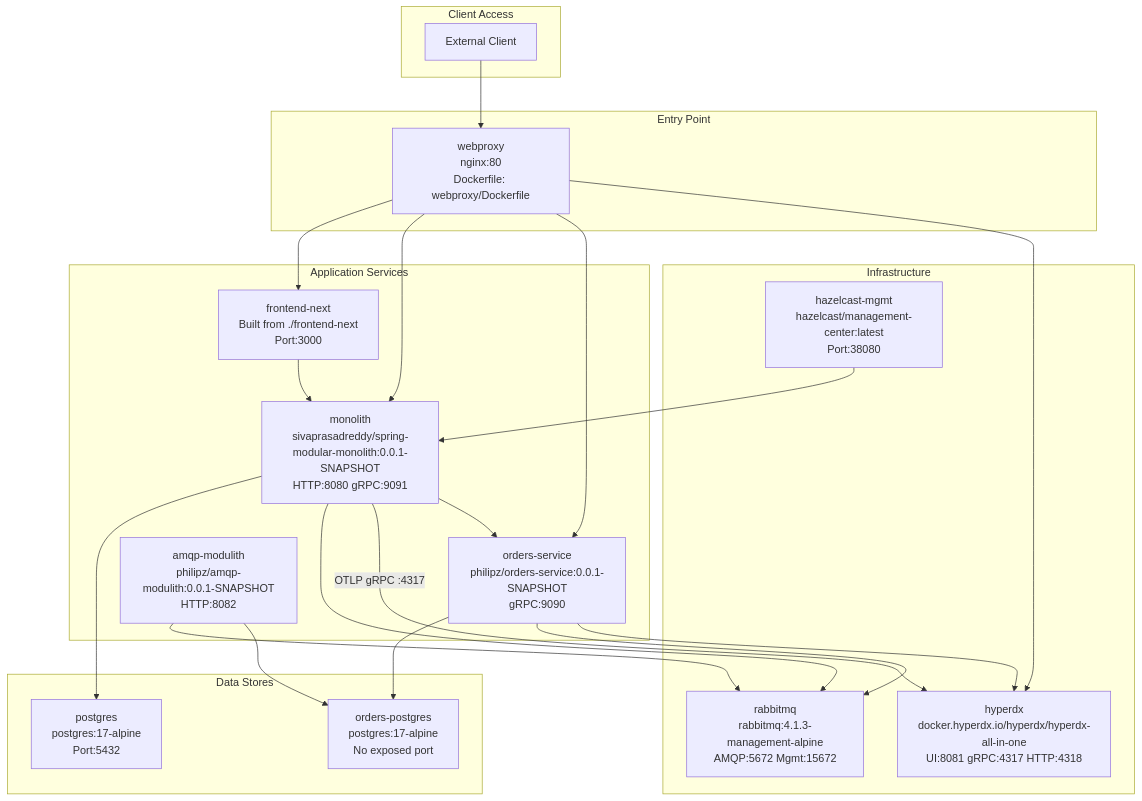
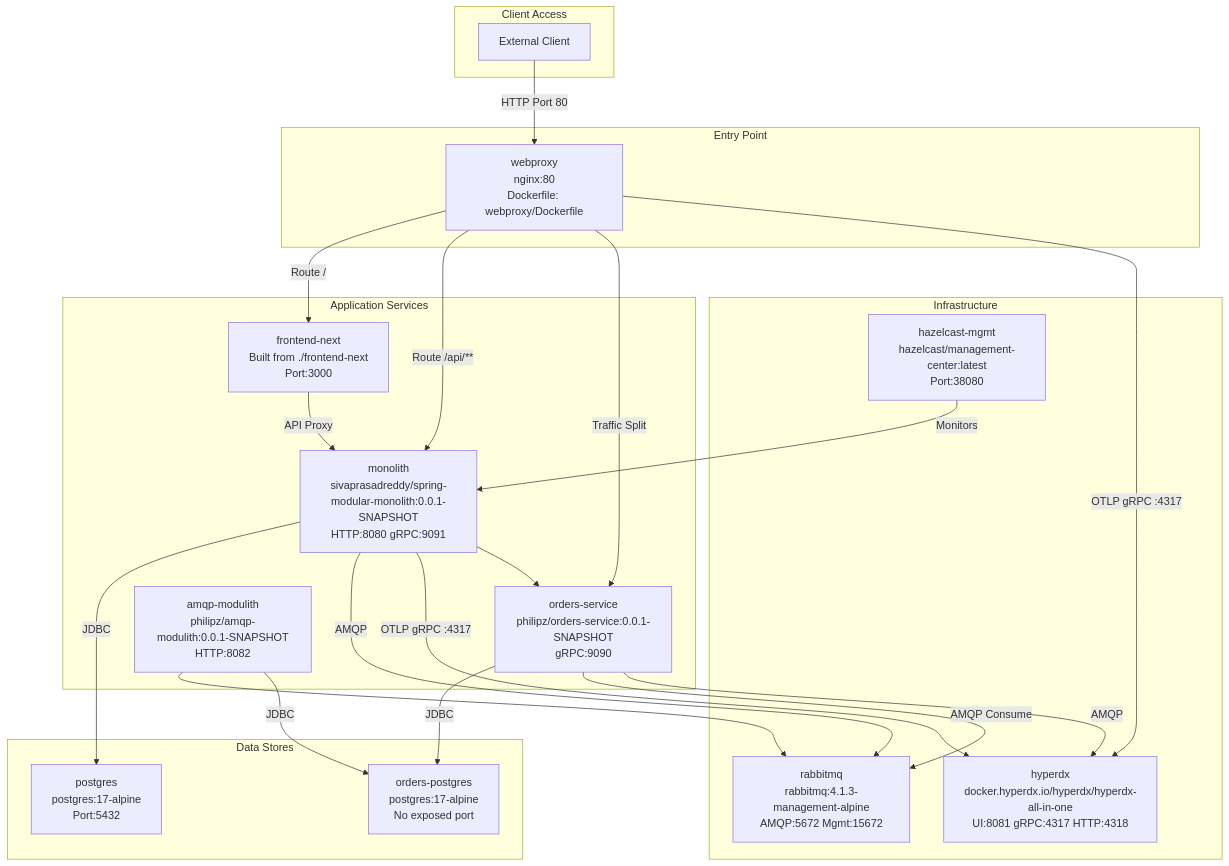
The first of 5 diagrams in docs/deepwiki/Docker-Compose-Deployment.md (philipz/spring-modular-monolith), drawn with Mermaid before and after one commit. The commit also changed other lines of this file and 55 other files, not shown here.

````diff
--- a/docs/deepwiki/Docker-Compose-Deployment.md
+++ b/docs/deepwiki/Docker-Compose-Deployment.md
@@ -23,58 +23,58 @@
 ```mermaid
 flowchart TD
 
 Client["External Client"]
 webproxy["webproxy<br>nginx:80<br>Dockerfile: webproxy/Dockerfile"]
 monolith["monolith<br>sivaprasadreddy/spring-modular-monolith:0.0.1-SNAPSHOT<br>HTTP:8080 gRPC:9091"]
 orders_service["orders-service<br>philipz/orders-service:0.0.1-SNAPSHOT<br>gRPC:9090"]
 amqp_modulith["amqp-modulith<br>philipz/amqp-modulith:0.0.1-SNAPSHOT<br>HTTP:8082"]
 frontend_next["frontend-next<br>Built from ./frontend-next<br>Port:3000"]
 postgres["postgres<br>postgres:17-alpine<br>Port:5432"]
 orders_postgres["orders-postgres<br>postgres:17-alpine<br>No exposed port"]
 rabbitmq["rabbitmq<br>rabbitmq:4.1.3-management-alpine<br>AMQP:5672 Mgmt:15672"]
 hyperdx["hyperdx<br>docker.hyperdx.io/hyperdx/hyperdx-all-in-one<br>UI:8081 gRPC:4317 HTTP:4318"]
 hazelcast_mgmt["hazelcast-mgmt<br>hazelcast/management-center:latest<br>Port:38080"]
 
-Client --> webproxy
-webproxy --> frontend_next
-webproxy --> monolith
-webproxy --> orders_service
-monolith --> postgres
-monolith --> rabbitmq
+Client -->|"HTTP Port 80"| webproxy
+webproxy -->|"Route /"| frontend_next
+webproxy -->|"Route /api/**"| monolith
+webproxy -->|"Traffic Split"| orders_service
+monolith -->|"JDBC"| postgres
+monolith -->|"AMQP"| rabbitmq
 monolith -->|"OTLP gRPC :4317"| hyperdx
-orders_service --> orders_postgres
-orders_service --> rabbitmq
-orders_service --> hyperdx
+orders_service -->|"JDBC"| orders_postgres
+orders_service -->|"AMQP Consume"| rabbitmq
+orders_service -->|"AMQP"| hyperdx
 amqp_modulith --> rabbitmq
-amqp_modulith --> orders_postgres
-hazelcast_mgmt --> monolith
-webproxy --> hyperdx
+amqp_modulith -->|"JDBC"| orders_postgres
+hazelcast_mgmt -->|"Monitors"| monolith
+webproxy -->|"OTLP gRPC :4317"| hyperdx
 
 subgraph Infrastructure ["Infrastructure"]
     rabbitmq
     hyperdx
     hazelcast_mgmt
 end
 
 subgraph subGraph3 ["Data Stores"]
     postgres
     orders_postgres
 end
 
 subgraph subGraph2 ["Application Services"]
     monolith
     orders_service
     amqp_modulith
     frontend_next
     monolith --> orders_service
-    frontend_next --> monolith
+    frontend_next -->|"API Proxy"| monolith
 end
 
 subgraph subGraph1 ["Entry Point"]
     webproxy
 end
 
 subgraph subGraph0 ["Client Access"]
     Client
 end
 ```
````
